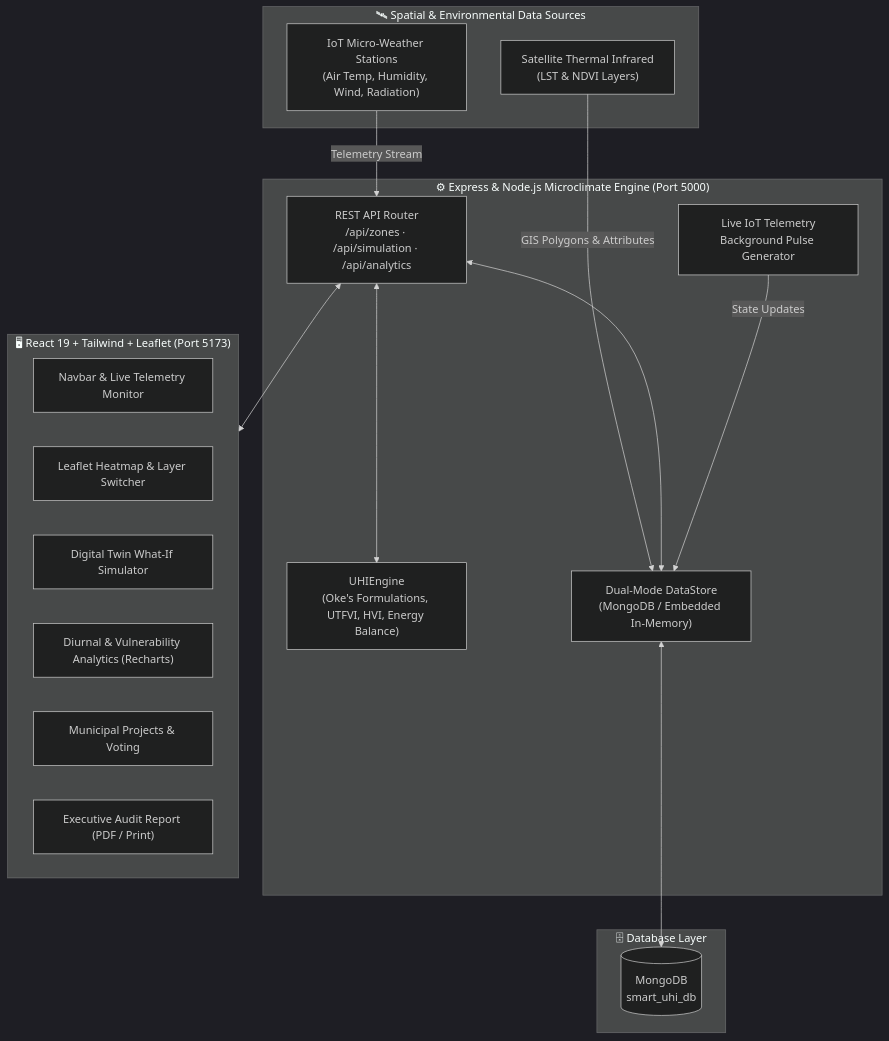
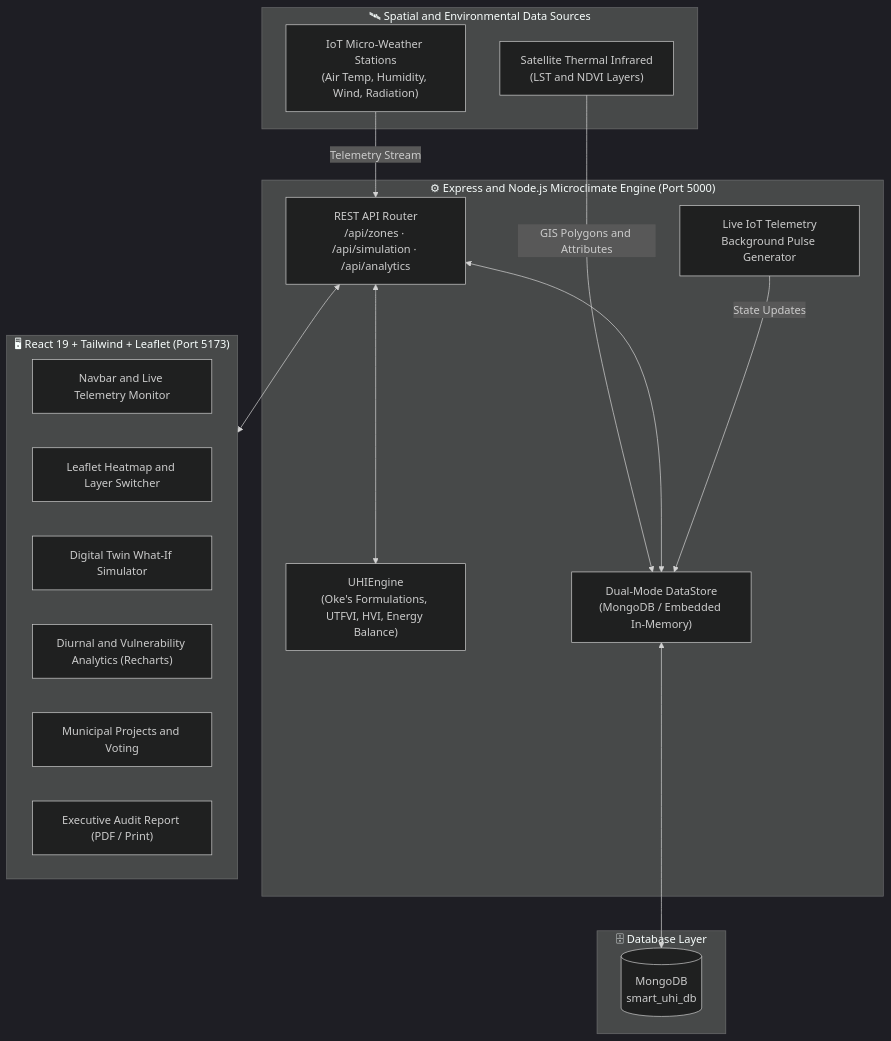
Before and after one commit to Fullstackfox-byte/ThermaMap: the diagram in README.md, drawn with Mermaid (dark theme). The commit also changed other lines of this file, not shown here.

````diff
--- a/README.md
+++ b/README.md
@@ -98,35 +98,35 @@
 ```mermaid
 flowchart TD
-    subgraph IoT_GIS["🛰 Spatial & Environmental Data Sources"]
+    subgraph IoT_GIS["🛰 Spatial and Environmental Data Sources"]
         S1["IoT Micro-Weather Stations<br/>(Air Temp, Humidity, Wind, Radiation)"]
-        S2["Satellite Thermal Infrared<br/>(LST & NDVI Layers)"]
+        S2["Satellite Thermal Infrared<br/>(LST and NDVI Layers)"]
     end
 
-    subgraph Backend_Engine["⚙ Express & Node.js Microclimate Engine (Port 5000)"]
+    subgraph Backend_Engine["⚙ Express and Node.js Microclimate Engine (Port 5000)"]
         API["REST API Router<br/>/api/zones · /api/simulation · /api/analytics"]
         ENGINE["UHIEngine<br/>(Oke's Formulations, UTFVI, HVI, Energy Balance)"]
         TICKER["Live IoT Telemetry<br/>Background Pulse Generator"]
         DATASTORE["Dual-Mode DataStore<br/>(MongoDB / Embedded In-Memory)"]
     end
 
     subgraph Database["🗄 Database Layer"]
         MONGO[("MongoDB<br/>smart_uhi_db")]
     end
 
     subgraph Frontend["🖥 React 19 + Tailwind + Leaflet (Port 5173)"]
-        NAV["Navbar & Live Telemetry Monitor"]
-        MAP["Leaflet Heatmap & Layer Switcher"]
+        NAV["Navbar and Live Telemetry Monitor"]
+        MAP["Leaflet Heatmap and Layer Switcher"]
         SIM["Digital Twin What-If Simulator"]
-        CHART["Diurnal & Vulnerability Analytics (Recharts)"]
-        KANBAN["Municipal Projects & Voting"]
+        CHART["Diurnal and Vulnerability Analytics (Recharts)"]
+        KANBAN["Municipal Projects and Voting"]
         MODAL["Executive Audit Report (PDF / Print)"]
     end
 
     S1 -->|Telemetry Stream| API
-    S2 -->|GIS Polygons & Attributes| DATASTORE
+    S2 -->|GIS Polygons and Attributes| DATASTORE
     API <--> ENGINE
     API <--> DATASTORE
     DATASTORE <--> MONGO
     TICKER -->|State Updates| DATASTORE
     API <--> Frontend
 ```
````
